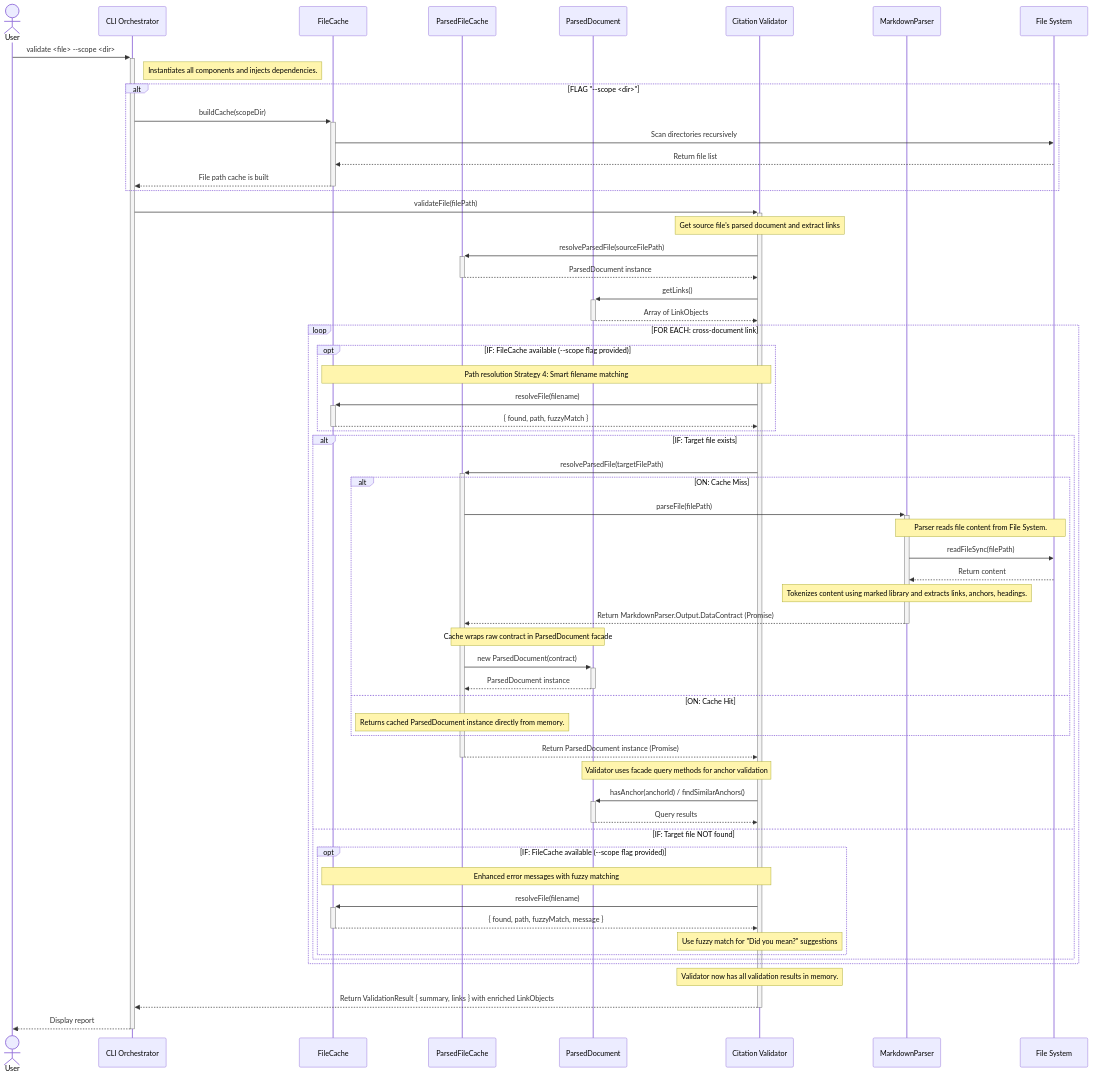
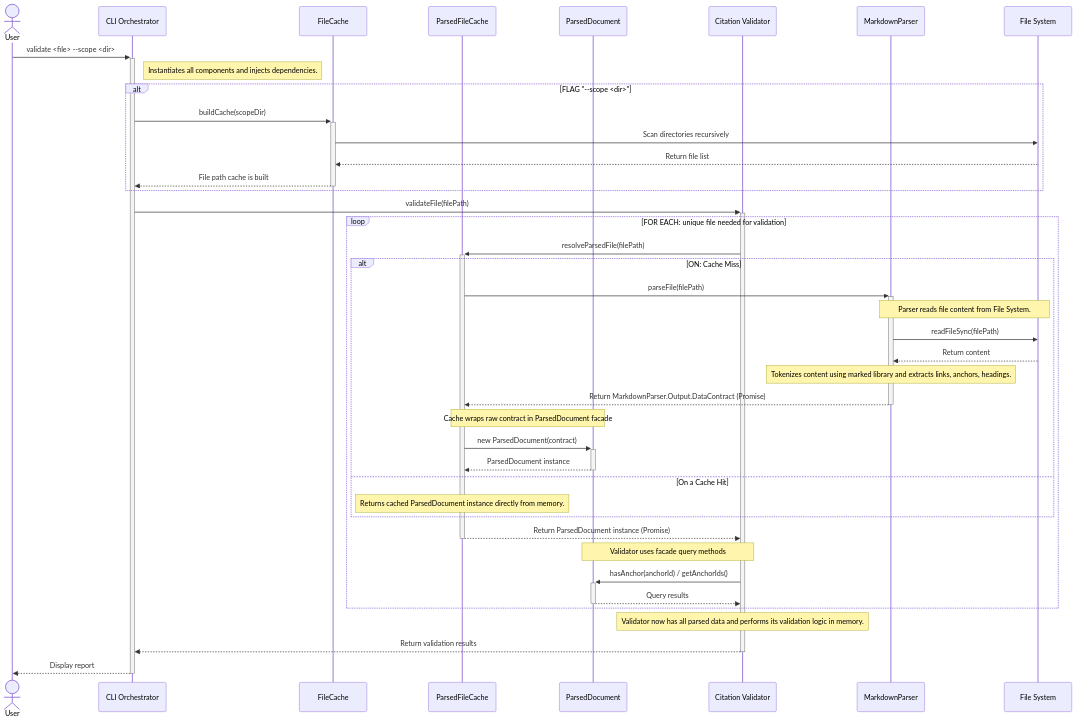
One commit to WesleyMFrederick/cc-workflows changed the second of 3 diagrams in tools/citation-manager/design-docs/features/20251003-content-aggregation/content-aggregation-architecture.md. Above: the diagram before and after it, drawn with Mermaid. The commit also changed other lines of this file and 47 other files, not shown here.

````diff
--- a/tools/citation-manager/design-docs/features/20251003-content-aggregation/content-aggregation-architecture.md
+++ b/tools/citation-manager/design-docs/features/20251003-content-aggregation/content-aggregation-architecture.md
@@ -368,80 +262,57 @@
 ```mermaid
 sequenceDiagram
     actor User
     participant CLI as CLI Orchestrator
     participant FileCache
     participant ParsedCache as ParsedFileCache
     participant ParsedDoc as ParsedDocument
     participant Validator as Citation Validator
     participant Parser as MarkdownParser
     participant FS as File System
 
     User->>+CLI: validate <file> --scope <dir>
 
     note right of CLI: Instantiates all components and injects dependencies.
 
     alt FLAG "--scope <dir>"
         CLI->>+FileCache: buildCache(scopeDir)
         FileCache->>FS: Scan directories recursively
         FS-->>FileCache: Return file list
         FileCache-->>-CLI: File path cache is built
     end
 
     CLI->>+Validator: validateFile(filePath)
 
-    note over Validator: Get source file's parsed document and extract links
-    Validator->>+ParsedCache: resolveParsedFile(sourceFilePath)
-    ParsedCache-->>-Validator: ParsedDocument instance
-    Validator->>+ParsedDoc: getLinks()
-    ParsedDoc-->>-Validator: Array of LinkObjects
+    loop FOR EACH: unique file needed for validation
+        Validator->>+ParsedCache: resolveParsedFile(filePath)
 
-    loop FOR EACH: cross-document link
+        alt ON: Cache Miss
+            ParsedCache->>+Parser: parseFile(filePath)
 
-        opt IF: FileCache available (--scope flag provided)
-            note over Validator, FileCache: Path resolution Strategy 4: Smart filename matching
-            Validator->>+FileCache: resolveFile(filename)
-            FileCache-->>-Validator: { found, path, fuzzyMatch }
+            note over Parser, FS: Parser reads file content from File System.
+            Parser->>FS: readFileSync(filePath)
+            FS-->>Parser: Return content
+
+            note over Parser: Tokenizes content using marked library and extracts links, anchors, headings.
+
+            Parser-->>-ParsedCache: Return MarkdownParser.Output.DataContract (Promise)
+
+            note over ParsedCache, ParsedDoc: Cache wraps raw contract in ParsedDocument facade
+            ParsedCache->>+ParsedDoc: new ParsedDocument(contract)
+            ParsedDoc-->>-ParsedCache: ParsedDocument instance
+        else On a Cache Hit
+            note over ParsedCache: Returns cached ParsedDocument instance directly from memory.
         end
 
-        alt IF: Target file exists
-            Validator->>+ParsedCache: resolveParsedFile(targetFilePath)
+        ParsedCache-->>-Validator: Return ParsedDocument instance (Promise)
 
-            alt ON: Cache Miss
-                ParsedCache->>+Parser: parseFile(filePath)
-
-                note over Parser, FS: Parser reads file content from File System.
-                Parser->>FS: readFileSync(filePath)
-                FS-->>Parser: Return content
-
-                note over Parser: Tokenizes content using marked library and extracts links, anchors, headings.
-
-                Parser-->>-ParsedCache: Return MarkdownParser.Output.DataContract (Promise)
-
-                note over ParsedCache, ParsedDoc: Cache wraps raw contract in ParsedDocument facade
-                ParsedCache->>+ParsedDoc: new ParsedDocument(contract)
-                ParsedDoc-->>-ParsedCache: ParsedDocument instance
-            else ON: Cache Hit
-                note over ParsedCache: Returns cached ParsedDocument instance directly from memory.
-            end
-
-            ParsedCache-->>-Validator: Return ParsedDocument instance (Promise)
-
-            note over Validator, ParsedDoc: Validator uses facade query methods for anchor validation
-            Validator->>+ParsedDoc: hasAnchor(anchorId) / findSimilarAnchors()
-            ParsedDoc-->>-Validator: Query results
-
-        else IF: Target file NOT found
-            opt IF: FileCache available (--scope flag provided)
-                note over Validator, FileCache: Enhanced error messages with fuzzy matching
-                Validator->>+FileCache: resolveFile(filename)
-                FileCache-->>-Validator: { found, path, fuzzyMatch, message }
-                note over Validator: Use fuzzy match for "Did you mean?" suggestions
-            end
-        end
+        note over Validator, ParsedDoc: Validator uses facade query methods
+        Validator->>+ParsedDoc: hasAnchor(anchorId) / getAnchorIds()
+        ParsedDoc-->>-Validator: Query results
     end
 
-    note over Validator: Validator now has all validation results in memory.
+    note over Validator: Validator now has all parsed data and performs its validation logic in memory.
 
-    Validator-->>-CLI: Return ValidationResult { summary, links } with enriched LinkObjects
+    Validator-->>-CLI: Return validation results
     CLI-->>-User: Display report
 ```
````
